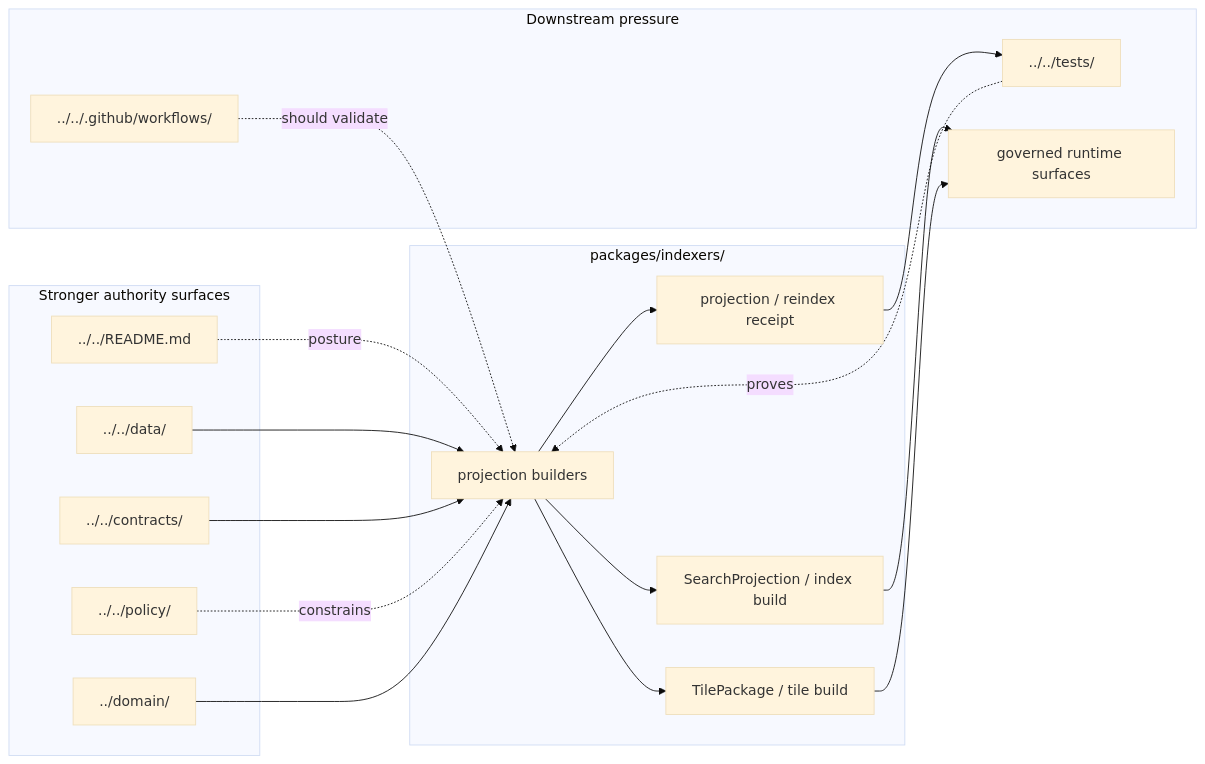
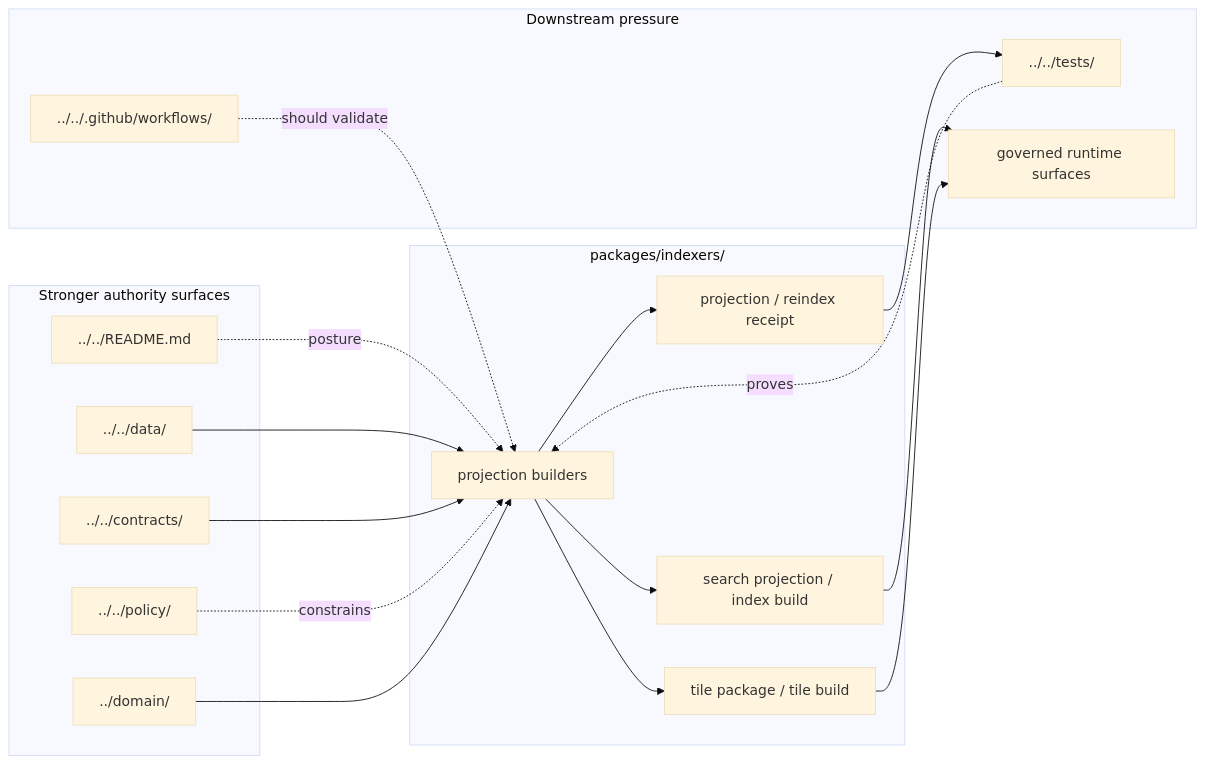
Before and after one commit to bartytime4life/Kansas-Frontier-Matrix: the diagram in packages/indexers/README.md, drawn with Mermaid (base theme). The commit also changed other lines of this file, not shown here.

````diff
--- a/packages/indexers/README.md
+++ b/packages/indexers/README.md
@@ -220,39 +235,39 @@
 ```mermaid
 flowchart LR
   subgraph Authority["Stronger authority surfaces"]
     ROOT["../../README.md"]
     DATA["../../data/"]
     CONTRACTS["../../contracts/"]
     POLICY["../../policy/"]
     DOMAIN["../domain/"]
   end
 
   subgraph IDX["packages/indexers/"]
     BUILD["projection builders"]
-    SEARCH["SearchProjection / index build"]
-    TILE["TilePackage / tile build"]
+    SEARCH["search projection / index build"]
+    TILE["tile package / tile build"]
     RECEIPT["projection / reindex receipt"]
   end
 
   subgraph Downstream["Downstream pressure"]
     TESTS["../../tests/"]
     GATES["../../.github/workflows/"]
     RUNTIME["governed runtime surfaces"]
   end
 
   ROOT -. posture .-> BUILD
   DATA --> BUILD
   CONTRACTS --> BUILD
   POLICY -. constrains .-> BUILD
   DOMAIN --> BUILD
 
   BUILD --> SEARCH
   BUILD --> TILE
   BUILD --> RECEIPT
 
   SEARCH --> RUNTIME
   TILE --> RUNTIME
   RECEIPT --> TESTS
   TESTS -. proves .-> BUILD
   GATES -. should validate .-> BUILD
 ```
````
